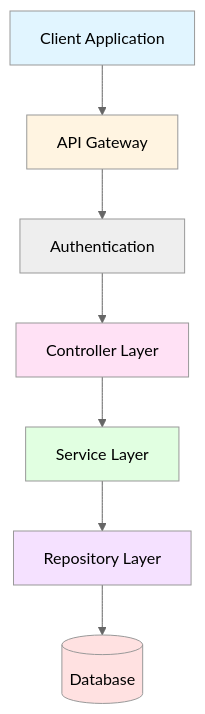
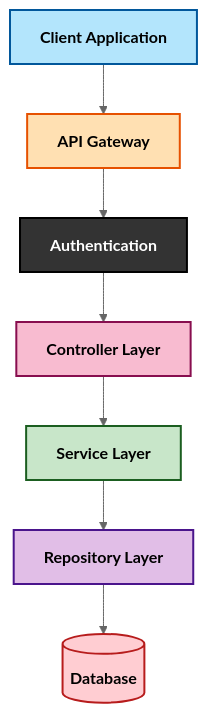
One commit to Jhonmoreno000/PROYECTO-SENA-TIENDA-TEXTIL- changed the second of 4 diagrams in README.md. Above: the diagram before and after it, drawn with Mermaid (neutral theme).

Commit message:
Enhance application architecture diagram styling

````diff
--- a/README.md
+++ b/README.md
@@ -102,16 +102,18 @@
 ```mermaid
 graph TD
-    Client[Client Application] --> API[API Gateway]
-    API --> Auth[Authentication]
-    Auth --> Controller[Controller Layer]
-    Controller --> Service[Service Layer]
-    Service --> Repository[Repository Layer]
-    Repository --> DB[(Database)]
-    
-    style Client fill:#e1f5ff
-    style API fill:#fff4e1
-    style Controller fill:#ffe1f5
-    style Service fill:#e1ffe1
-    style Repository fill:#f5e1ff
-    style DB fill:#ffe1e1
+    Client[<b>Client Application</b>] --> API[<b>API Gateway</b>]
+    API --> Auth[<b>Authentication</b>]
+    Auth --> Controller[<b>Controller Layer</b>]
+    Controller --> Service[<b>Service Layer</b>]
+    Service --> Repository[<b>Repository Layer</b>]
+    Repository --> DB[(<b>Database</b>)]
+
+    %% Estilos con texto forzado en negro para que se lea bien
+    style Client fill:#B3E5FC,stroke:#01579B,stroke-width:2px,color:#000
+    style API fill:#FFE0B2,stroke:#E65100,stroke-width:2px,color:#000
+    style Auth fill:#333333,stroke:#000,stroke-width:2px,color:#fff
+    style Controller fill:#F8BBD0,stroke:#880E4F,stroke-width:2px,color:#000
+    style Service fill:#C8E6C9,stroke:#1B5E20,stroke-width:2px,color:#000
+    style Repository fill:#E1BEE7,stroke:#4A148C,stroke-width:2px,color:#000
+    style DB fill:#FFCDD2,stroke:#B71C1C,stroke-width:2px,color:#000
 ```
````
